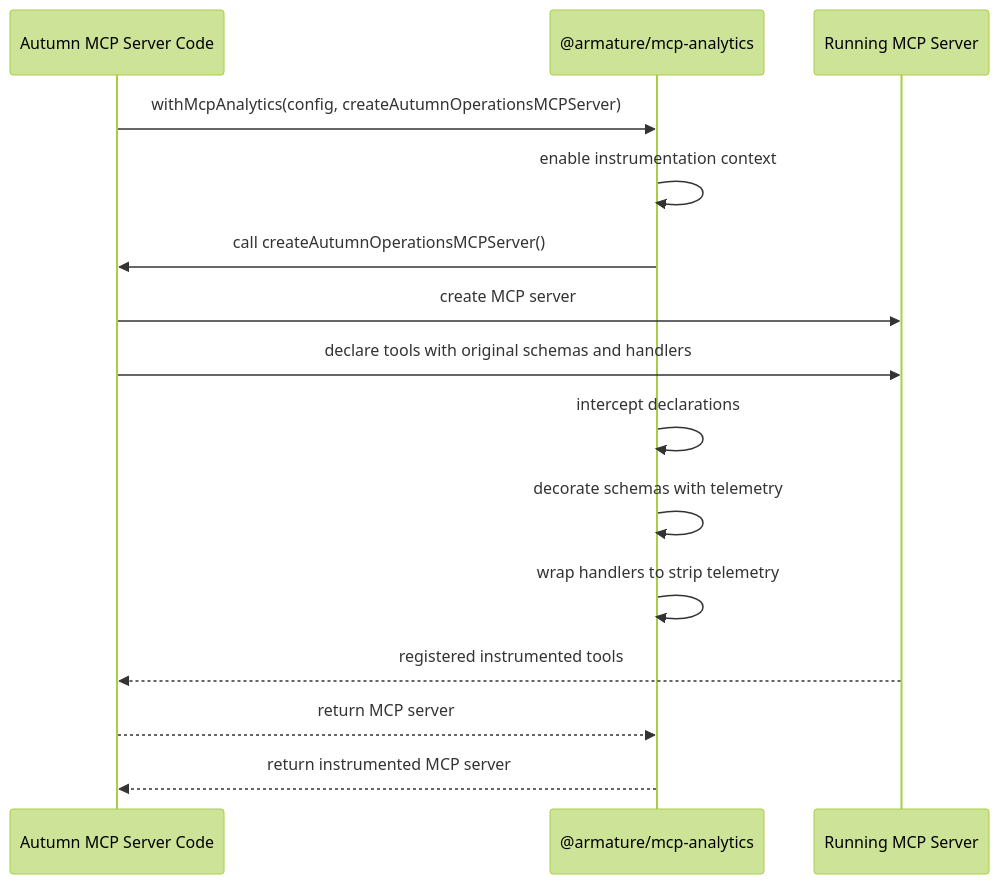
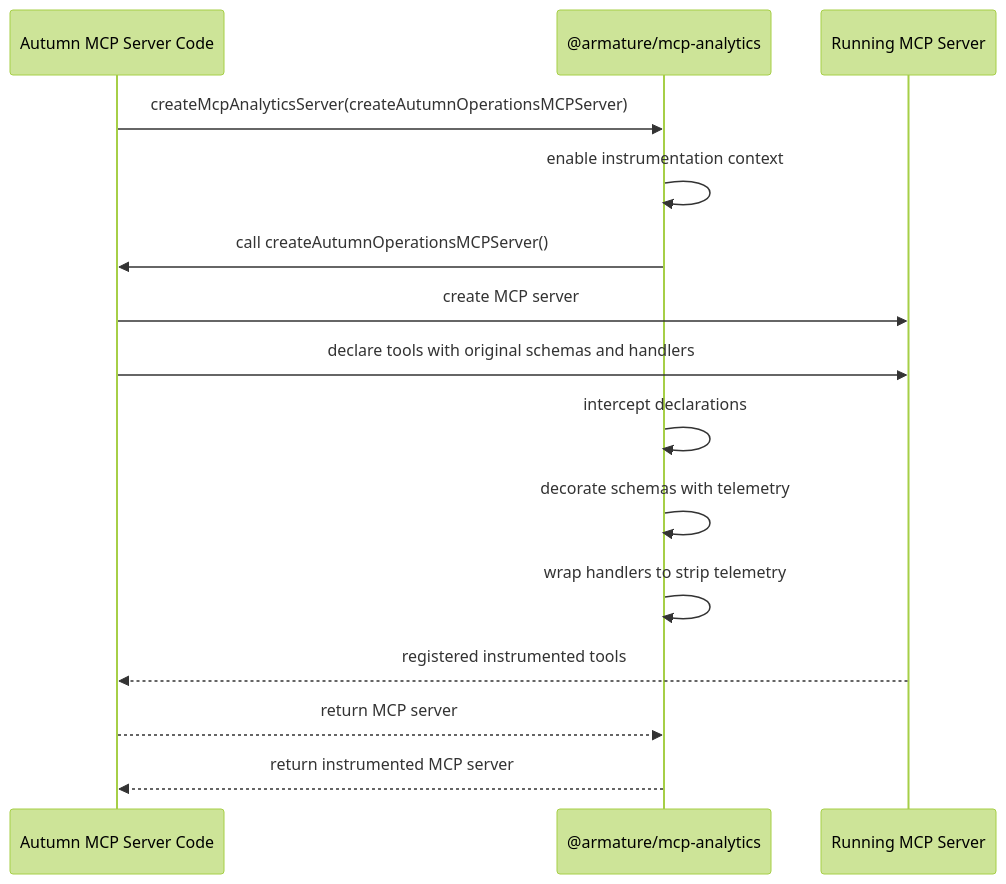
The first of 2 diagrams in docs/mcp-analytics-architecture.md (armature-tech/mcp-analytics), drawn with Mermaid (forest theme) before and after one commit. The commit also changed other lines of this file and 3 other files, not shown here.

Commit message:
Move analytics server helper into SDK

````diff
--- a/docs/mcp-analytics-architecture.md
+++ b/docs/mcp-analytics-architecture.md
@@ -17,21 +17,21 @@
 ```mermaid
 sequenceDiagram
   participant AutumnCode as Autumn MCP Server Code
   participant SDK as @armature/mcp-analytics
   participant MCP as Running MCP Server
 
-  AutumnCode->>SDK: withMcpAnalytics(config, createAutumnOperationsMCPServer)
+  AutumnCode->>SDK: createMcpAnalyticsServer(createAutumnOperationsMCPServer)
   SDK->>SDK: enable instrumentation context
   SDK->>AutumnCode: call createAutumnOperationsMCPServer()
 
   AutumnCode->>MCP: create MCP server
   AutumnCode->>MCP: declare tools with original schemas and handlers
 
   SDK->>SDK: intercept declarations
   SDK->>SDK: decorate schemas with telemetry
   SDK->>SDK: wrap handlers to strip telemetry
 
   MCP-->>AutumnCode: registered instrumented tools
   AutumnCode-->>SDK: return MCP server
   SDK-->>AutumnCode: return instrumented MCP server
 ```
````
